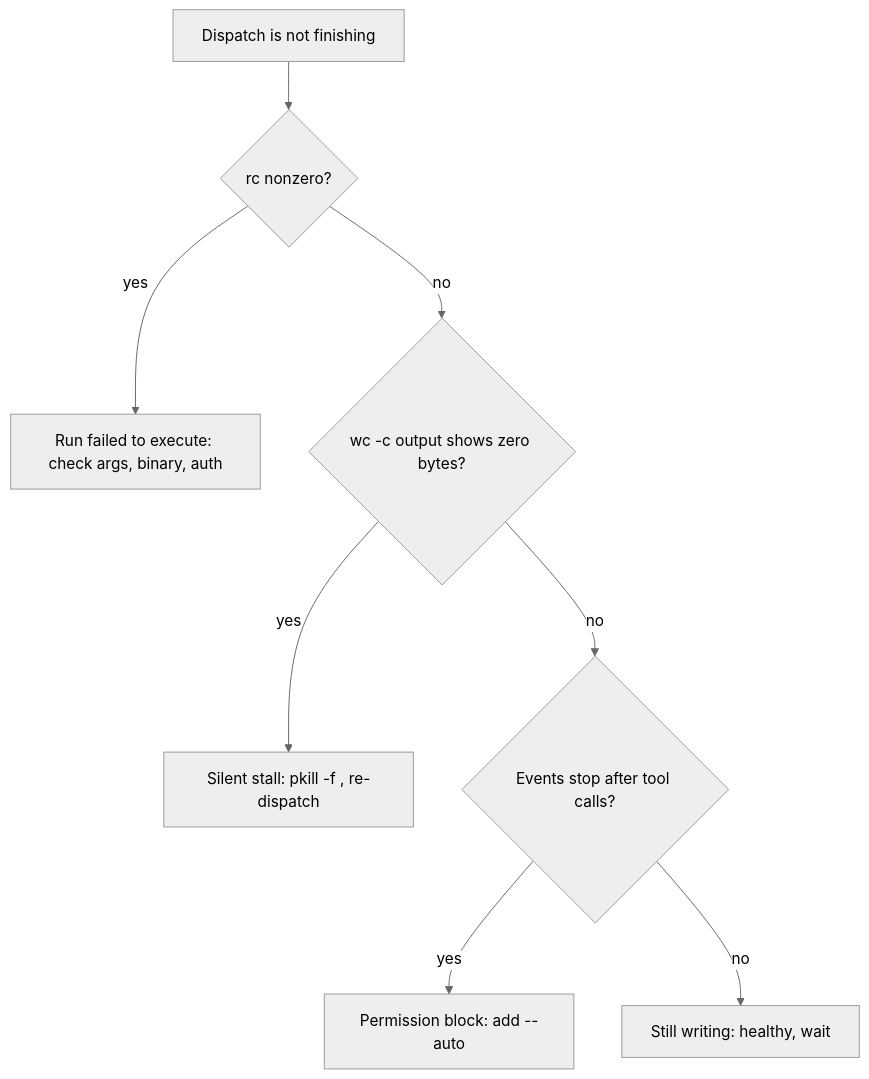
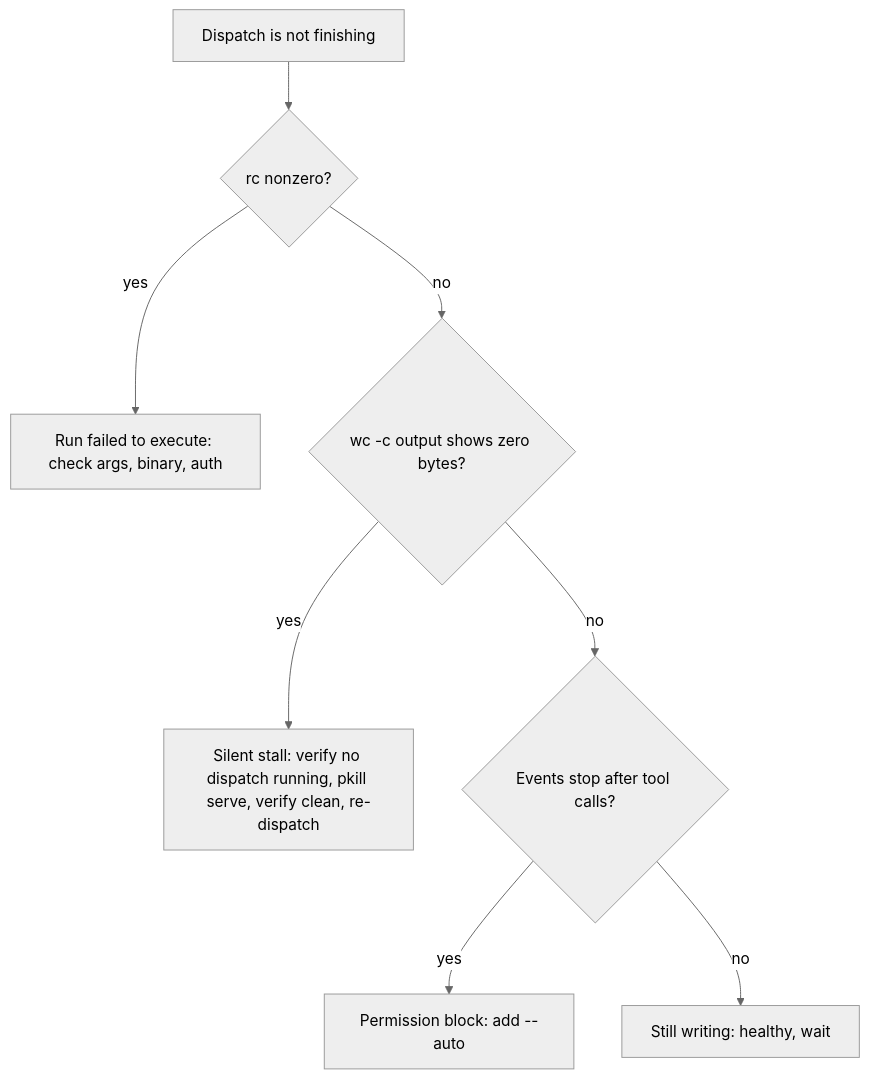
The fourth of 4 diagrams in README.md (go2sujeet/flywheel), drawn with Mermaid (neutral theme) before and after one commit. The commit also changed other lines of this file and 1 other file, not shown here.

First line of the commit message:
fix: put the precondition first in stall recovery

````diff
--- a/README.md
+++ b/README.md
@@ -121,10 +122,10 @@
 ```mermaid
 flowchart TD
     A["Dispatch is not finishing"] --> B{"rc nonzero?"}
     B -- yes --> C["Run failed to execute: check args, binary, auth"]
     B -- no --> D{"wc -c output shows zero bytes?"}
-    D -- yes --> E["Silent stall: pkill -f <the --title value>, re-dispatch"]
+    D -- yes --> E["Silent stall: verify no dispatch running, pkill serve, verify clean, re-dispatch"]
     D -- no --> F{"Events stop after tool calls?"}
     F -- yes --> G["Permission block: add --auto"]
     F -- no --> H["Still writing: healthy, wait"]
 ```
````
